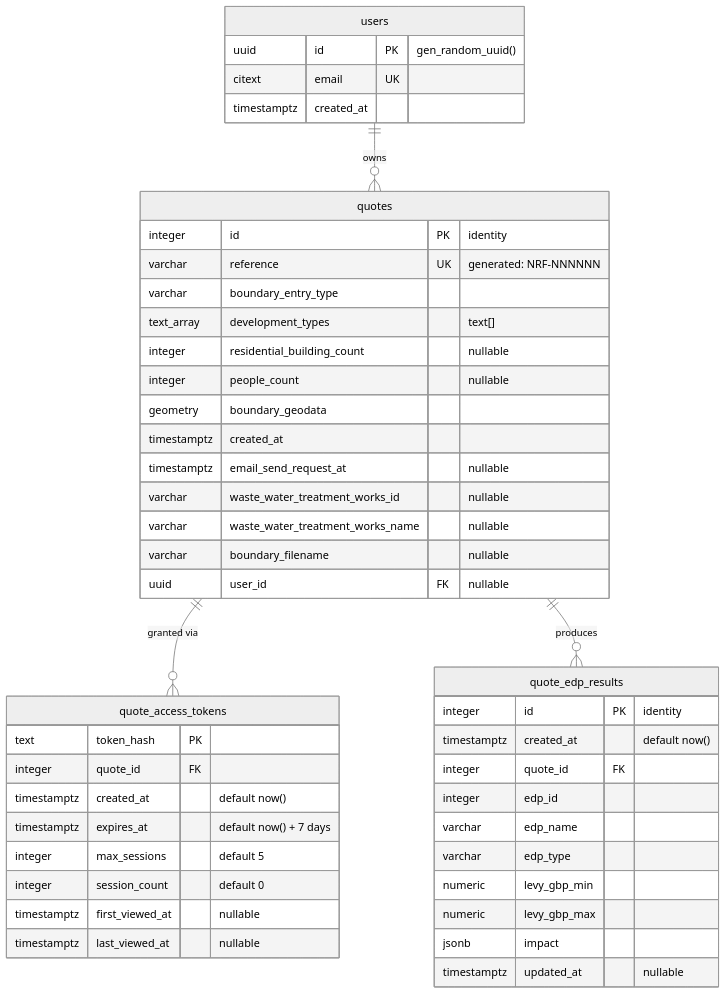
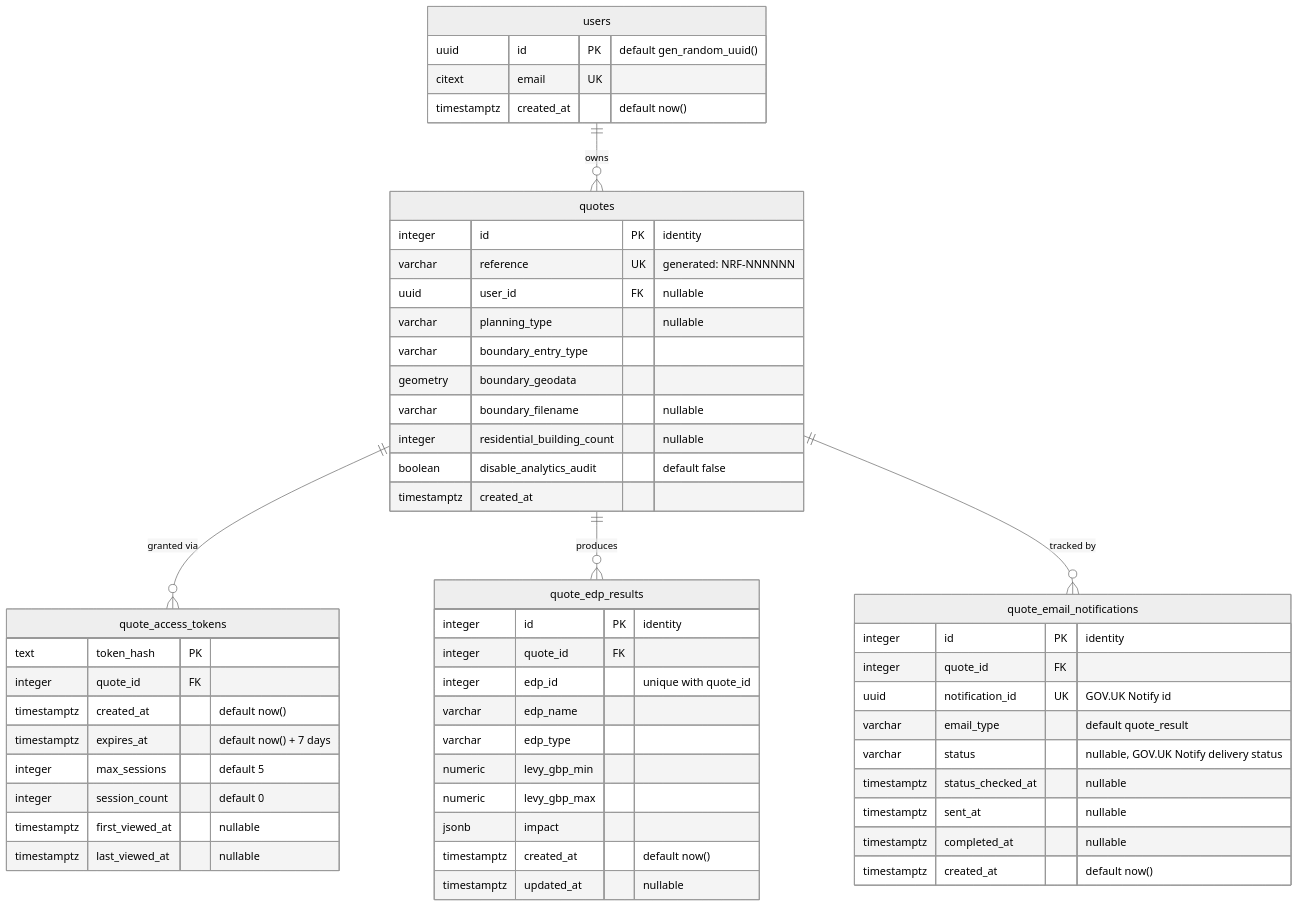
One commit to DEFRA/nrf-backend changed the diagram in docs/quote-database-diagram.md. Above: the diagram before and after it, drawn with Mermaid (neutral theme). The commit also changed other lines of this file and 38 other files, not shown here.

First line of the commit message:
Nrf2 723 quote email status cron (#260)

````diff
--- a/docs/quote-database-diagram.md
+++ b/docs/quote-database-diagram.md
@@ -10,52 +10,62 @@
 ```mermaid
 erDiagram
     users ||--o{ quotes : "owns"
     quotes ||--o{ quote_access_tokens : "granted via"
     quotes ||--o{ quote_edp_results : "produces"
+    quotes ||--o{ quote_email_notifications : "tracked by"
 
     users {
-        uuid id PK "gen_random_uuid()"
+        uuid id PK "default gen_random_uuid()"
         citext email UK
-        timestamptz created_at
+        timestamptz created_at "default now()"
     }
 
     quotes {
         integer id PK "identity"
         varchar reference UK "generated: NRF-NNNNNN"
+        uuid user_id FK "nullable"
+        varchar planning_type "nullable"
         varchar boundary_entry_type
-        text_array development_types "text[]"
+        geometry boundary_geodata
+        varchar boundary_filename "nullable"
         integer residential_building_count "nullable"
-        integer people_count "nullable"
-        geometry boundary_geodata
+        boolean disable_analytics_audit "default false"
         timestamptz created_at
-        timestamptz email_send_request_at "nullable"
-        varchar waste_water_treatment_works_id "nullable"
-        varchar waste_water_treatment_works_name "nullable"
-        varchar boundary_filename "nullable"
-        uuid user_id FK "nullable"
     }
 
     quote_access_tokens {
         text token_hash PK
         integer quote_id FK
         timestamptz created_at "default now()"
         timestamptz expires_at "default now() + 7 days"
         integer max_sessions "default 5"
         integer session_count "default 0"
         timestamptz first_viewed_at "nullable"
         timestamptz last_viewed_at "nullable"
     }
 
     quote_edp_results {
         integer id PK "identity"
-        timestamptz created_at "default now()"
         integer quote_id FK
-        integer edp_id
+        integer edp_id "unique with quote_id"
         varchar edp_name
         varchar edp_type
         numeric levy_gbp_min
         numeric levy_gbp_max
         jsonb impact
+        timestamptz created_at "default now()"
         timestamptz updated_at "nullable"
     }
+
+    quote_email_notifications {
+        integer id PK "identity"
+        integer quote_id FK
+        uuid notification_id UK "GOV.UK Notify id"
+        varchar email_type "default quote_result"
+        varchar status "nullable, GOV.UK Notify delivery status"
+        timestamptz status_checked_at "nullable"
+        timestamptz sent_at "nullable"
+        timestamptz completed_at "nullable"
+        timestamptz created_at "default now()"
+    }
 ```
````
